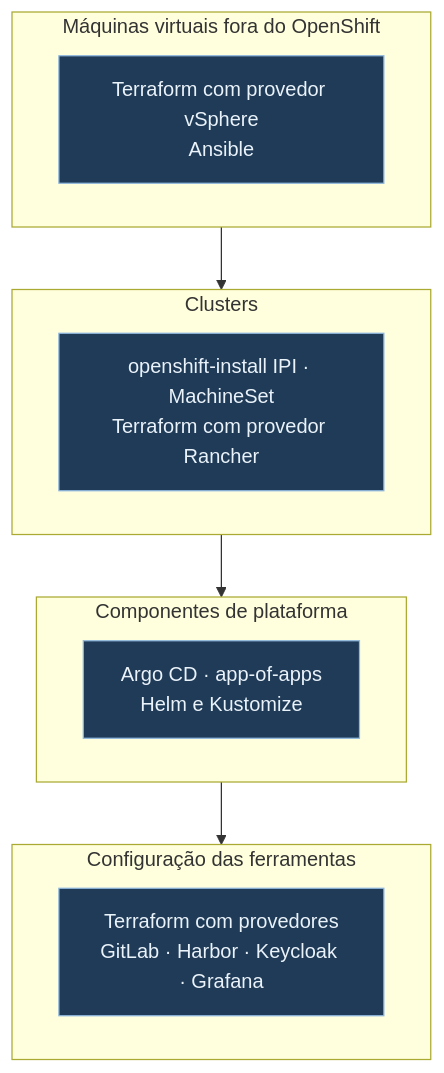
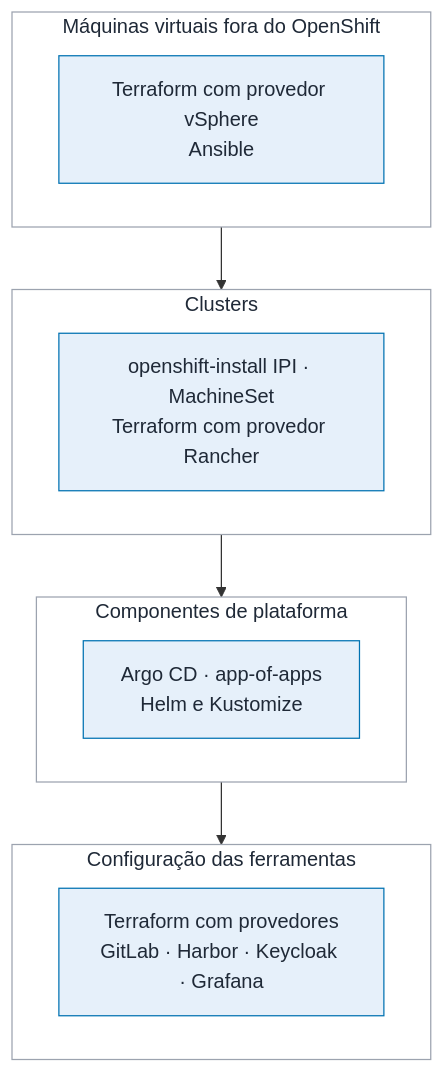
Before and after one commit to DiegoAmorimDev/plataforma-entrega-sefaz: the first of 2 diagrams in docs/06-iac.md, drawn with Mermaid. The commit also changed other lines of this file and 12 other files, not shown here.

````diff
--- a/docs/06-iac.md
+++ b/docs/06-iac.md
@@ -14,20 +16,24 @@
 ```mermaid
 flowchart TB
     subgraph L4["Configuração das ferramentas"]
         T4["Terraform com provedores<br/>GitLab · Harbor · Keycloak · Grafana"]
     end
     subgraph L3["Componentes de plataforma"]
         T3["Argo CD · app-of-apps<br/>Helm e Kustomize"]
     end
     subgraph L2["Clusters"]
         T2["openshift-install IPI · MachineSet<br/>Terraform com provedor Rancher"]
     end
     subgraph L1["Máquinas virtuais fora do OpenShift"]
         T1["Terraform com provedor vSphere<br/>Ansible"]
     end
 
     L1 --> L2 --> L3 --> L4
 
-    classDef c fill:#1f3b57,stroke:#8fb8de,color:#eaf2fa
-    class T1,T2,T3,T4 c
+    classDef entrega fill:#E6F0FA,stroke:#0072B2,color:#1F2937
+    class T1,T2,T3,T4 entrega
+    style L4 fill:#FFFFFF,stroke:#9CA3AF,color:#1F2937
+    style L3 fill:#FFFFFF,stroke:#9CA3AF,color:#1F2937
+    style L2 fill:#FFFFFF,stroke:#9CA3AF,color:#1F2937
+    style L1 fill:#FFFFFF,stroke:#9CA3AF,color:#1F2937
 ```
````
